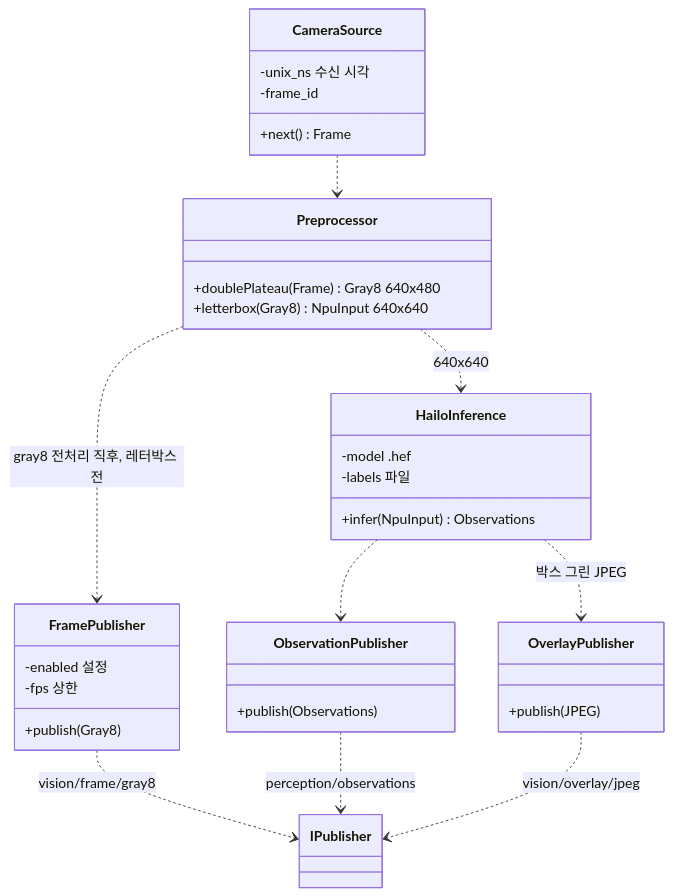
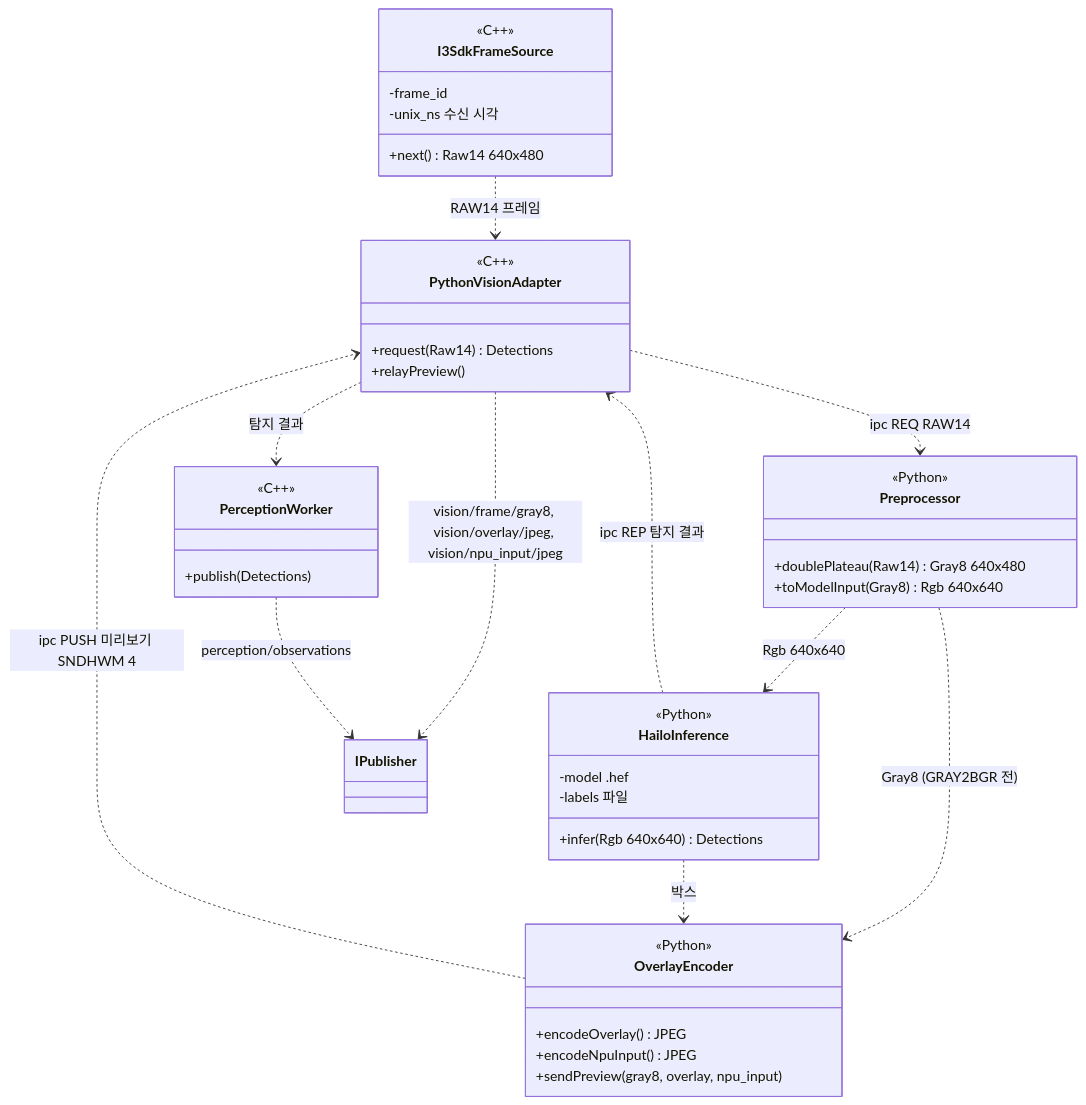
One commit to lig-argus/argus-edge-vision changed the diagram in docs/design/uml/class_vision.md. Above: the diagram before and after it, drawn with Mermaid. The commit also changed other lines of this file and 7 other files, not shown here.

First line of the commit message:
docs: UML 에 탐지 담당 리뷰와 vehicle_api 타깃 분리 반영

````diff
--- a/docs/design/uml/class_vision.md
+++ b/docs/design/uml/class_vision.md
@@ -9,36 +10,46 @@
 ```mermaid
 classDiagram
-    class CameraSource {
-        +next() Frame
+    class I3SdkFrameSource {
+        <<C++>>
+        +next() Raw14 640x480
+        -frame_id
         -unix_ns 수신 시각
-        -frame_id
+    }
+    class PythonVisionAdapter {
+        <<C++>>
+        +request(Raw14) Detections
+        +relayPreview()
+    }
+    class PerceptionWorker {
+        <<C++>>
+        +publish(Detections)
     }
     class Preprocessor {
-        +doublePlateau(Frame) Gray8 640x480
-        +letterbox(Gray8) NpuInput 640x640
+        <<Python>>
+        +doublePlateau(Raw14) Gray8 640x480
+        +toModelInput(Gray8) Rgb 640x640
     }
     class HailoInference {
+        <<Python>>
         -model .hef
         -labels 파일
-        +infer(NpuInput) Observations
+        +infer(Rgb 640x640) Detections
     }
-    class FramePublisher {
-        -enabled 설정
-        -fps 상한
-        +publish(Gray8)
+    class OverlayEncoder {
+        <<Python>>
+        +encodeOverlay() JPEG
+        +encodeNpuInput() JPEG
+        +sendPreview(gray8, overlay, npu_input)
     }
-    class ObservationPublisher {
-        +publish(Observations)
-    }
-    class OverlayPublisher {
-        +publish(JPEG)
-    }
-    CameraSource ..> Preprocessor
-    Preprocessor ..> FramePublisher : gray8 전처리 직후, 레터박스 전
-    Preprocessor ..> HailoInference : 640x640
-    HailoInference ..> ObservationPublisher
-    HailoInference ..> OverlayPublisher : 박스 그린 JPEG
-    FramePublisher ..> IPublisher : vision/frame/gray8
-    ObservationPublisher ..> IPublisher : perception/observations
-    OverlayPublisher ..> IPublisher : vision/overlay/jpeg
+
+    I3SdkFrameSource ..> PythonVisionAdapter : RAW14 프레임
+    PythonVisionAdapter ..> Preprocessor : ipc REQ RAW14
+    Preprocessor ..> HailoInference : Rgb 640x640
+    Preprocessor ..> OverlayEncoder : Gray8 (GRAY2BGR 전)
+    HailoInference ..> PythonVisionAdapter : ipc REP 탐지 결과
+    HailoInference ..> OverlayEncoder : 박스
+    OverlayEncoder ..> PythonVisionAdapter : ipc PUSH 미리보기 SNDHWM 4
+    PythonVisionAdapter ..> PerceptionWorker : 탐지 결과
+    PythonVisionAdapter ..> IPublisher : vision/frame/gray8, vision/overlay/jpeg, vision/npu_input/jpeg
+    PerceptionWorker ..> IPublisher : perception/observations
 ```
````
